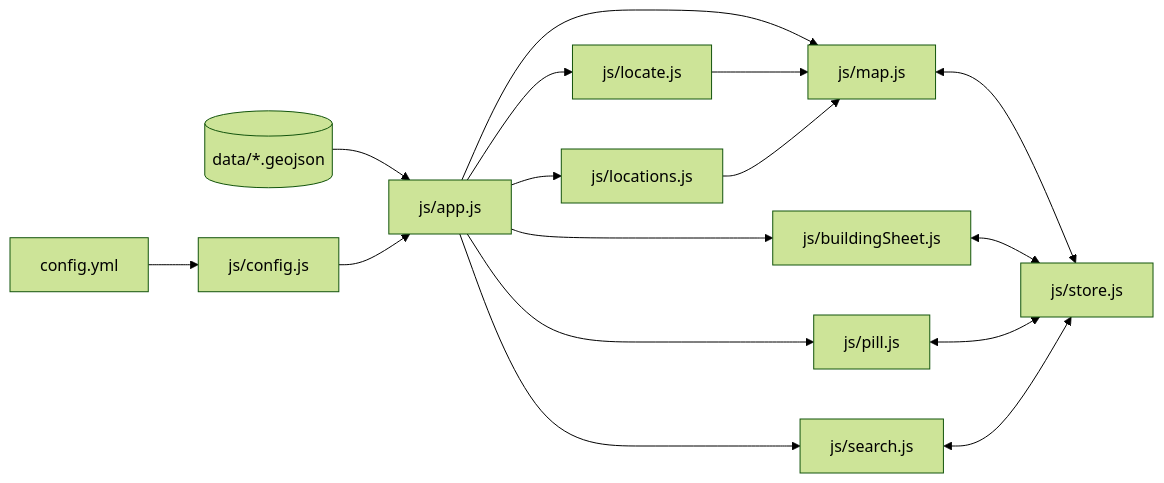
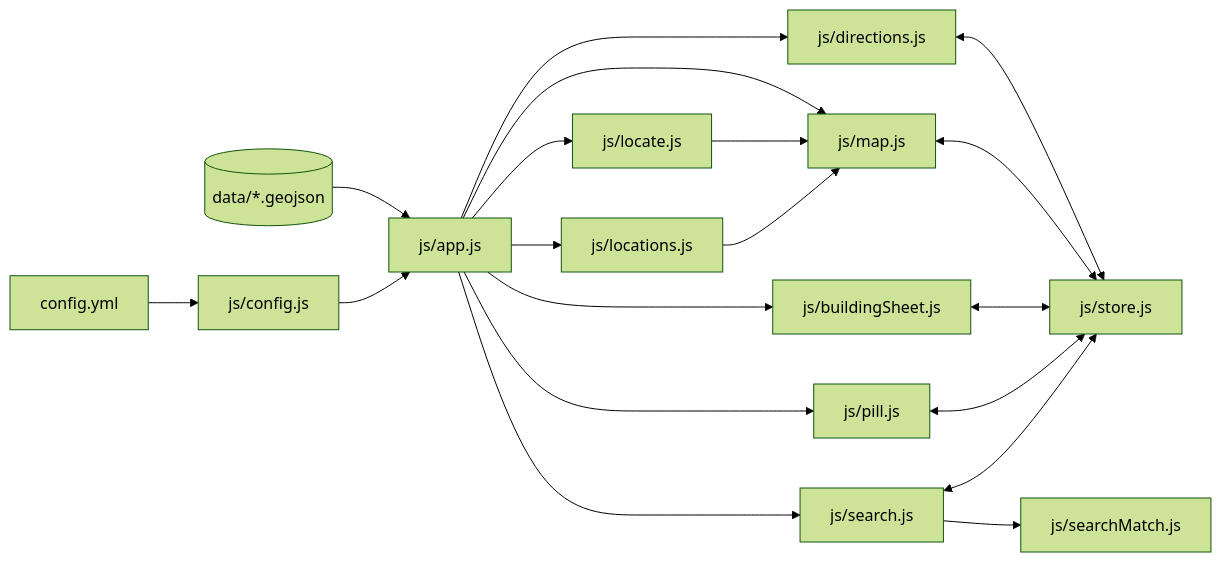
The diagram in docs/ARCHITECTURE.md (Cloxeer/BMEPMNDYTest), drawn with Mermaid (forest theme) before and after one commit. The commit also changed other lines of this file and 21 other files, not shown here.

First line of the commit message:
Room search, light-blue room highlight, walking directions

````diff
--- a/docs/ARCHITECTURE.md
+++ b/docs/ARCHITECTURE.md
@@ -9,18 +9,21 @@
 ```mermaid
 flowchart LR
     yml[config.yml] --> config[js/config.js]
     data[(data/*.geojson)] --> app[js/app.js]
     config --> app
     app --> map[js/map.js]
     app --> sheet[js/buildingSheet.js]
     app --> pill[js/pill.js]
     app --> search[js/search.js]
     app --> locations[js/locations.js]
     app --> locate[js/locate.js]
     locate --> map
+    app --> directions[js/directions.js]
+    directions <--> store
+    search --> match[js/searchMatch.js]
     map <--> store[js/store.js]
     sheet <--> store
     pill <--> store
     search <--> store
     locations --> map
 ```
````
